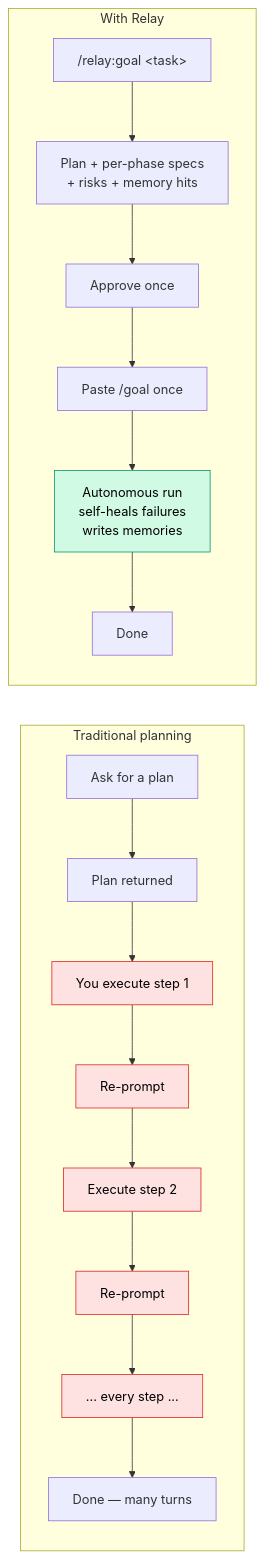
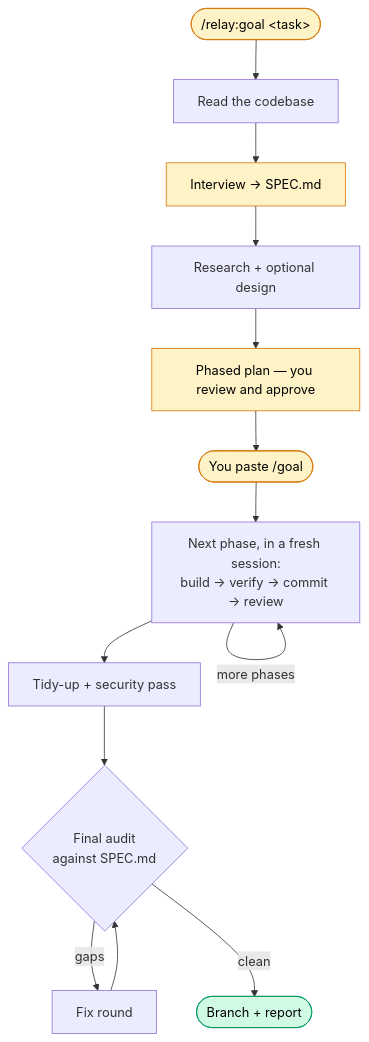
One commit to mack5imal/relay changed the diagram in README.md. Above: the diagram before and after it, drawn with Mermaid. The commit also changed other lines of this file and 1 other file, not shown here.

````diff
--- a/README.md
+++ b/README.md
@@ -64,27 +108,19 @@
 ```mermaid
-flowchart LR
-    subgraph Traditional["Traditional planning"]
-        direction TB
-        A1["Ask for a plan"] --> A2["Plan returned"]
-        A2 --> A3["You execute step 1"]
-        A3 --> A4["Re-prompt"]
-        A4 --> A5["Execute step 2"]
-        A5 --> A6["Re-prompt"]
-        A6 --> A7["... every step ..."]
-        A7 --> A8["Done — many turns"]
-    end
+flowchart TD
+    A(["/relay:goal &lt;task&gt;"]) --> B["Read the codebase"]
+    B --> C["Interview → SPEC.md"]
+    C --> D["Research + optional design"]
+    D --> E["Phased plan — you review and approve"]
+    E --> F(["You paste /goal"])
+    F --> G["Next phase, in a fresh session:<br/>build → verify → commit → review"]
+    G -->|more phases| G
+    G --> H["Tidy-up + security pass"]
+    H --> I{"Final audit<br/>against SPEC.md"}
+    I -->|gaps| J["Fix round"] --> I
+    I -->|clean| K(["Branch + report"])
 
-    subgraph Relay["With Relay"]
-        direction TB
-        B1["/relay:goal &lt;task&gt;"] --> B2["Plan + per-phase specs<br/>+ risks + memory hits"]
-        B2 --> B3["Approve once"]
-        B3 --> B4["Paste /goal once"]
-        B4 --> B5["Autonomous run<br/>self-heals failures<br/>writes memories"]
-        B5 --> B6["Done"]
-    end
-
-    classDef toil fill:#fee2e2,stroke:#dc2626,color:#000
-    classDef ease fill:#d1fae5,stroke:#059669,color:#000
-    class A3,A4,A5,A6,A7 toil
-    class B5 ease
+    classDef you fill:#fef3c7,stroke:#d97706,color:#000
+    classDef done fill:#d1fae5,stroke:#059669,color:#000
+    class A,C,E,F you
+    class K done
 ```
````
